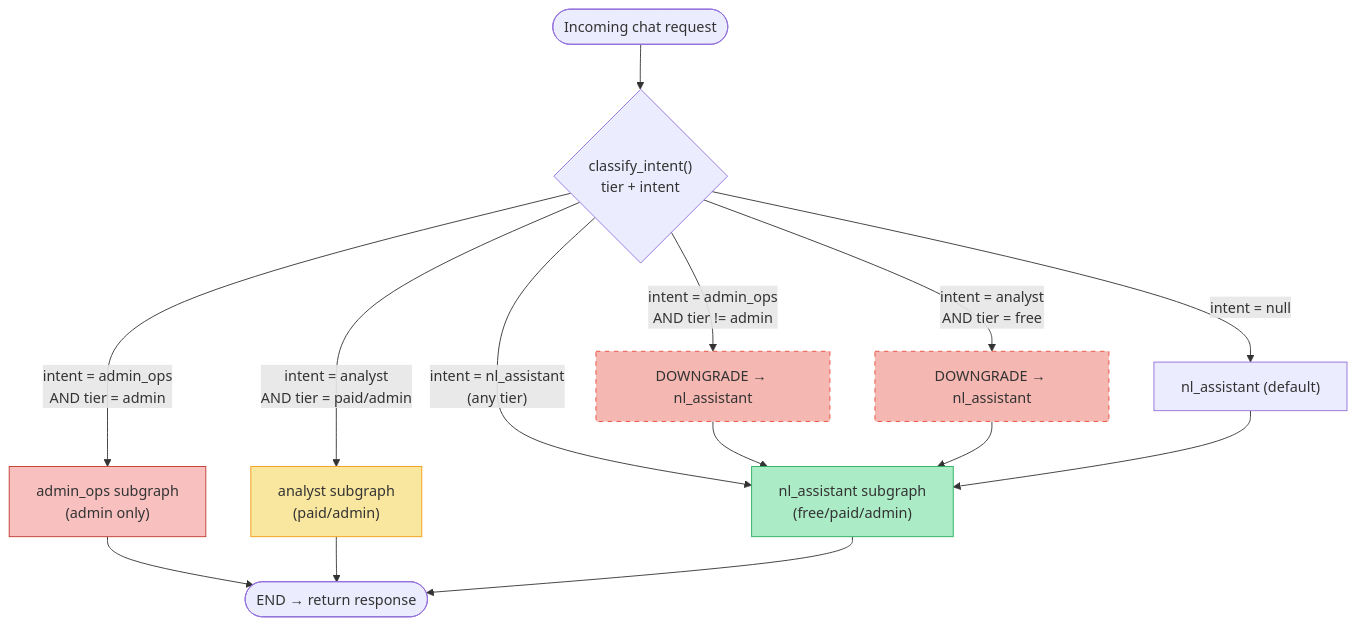
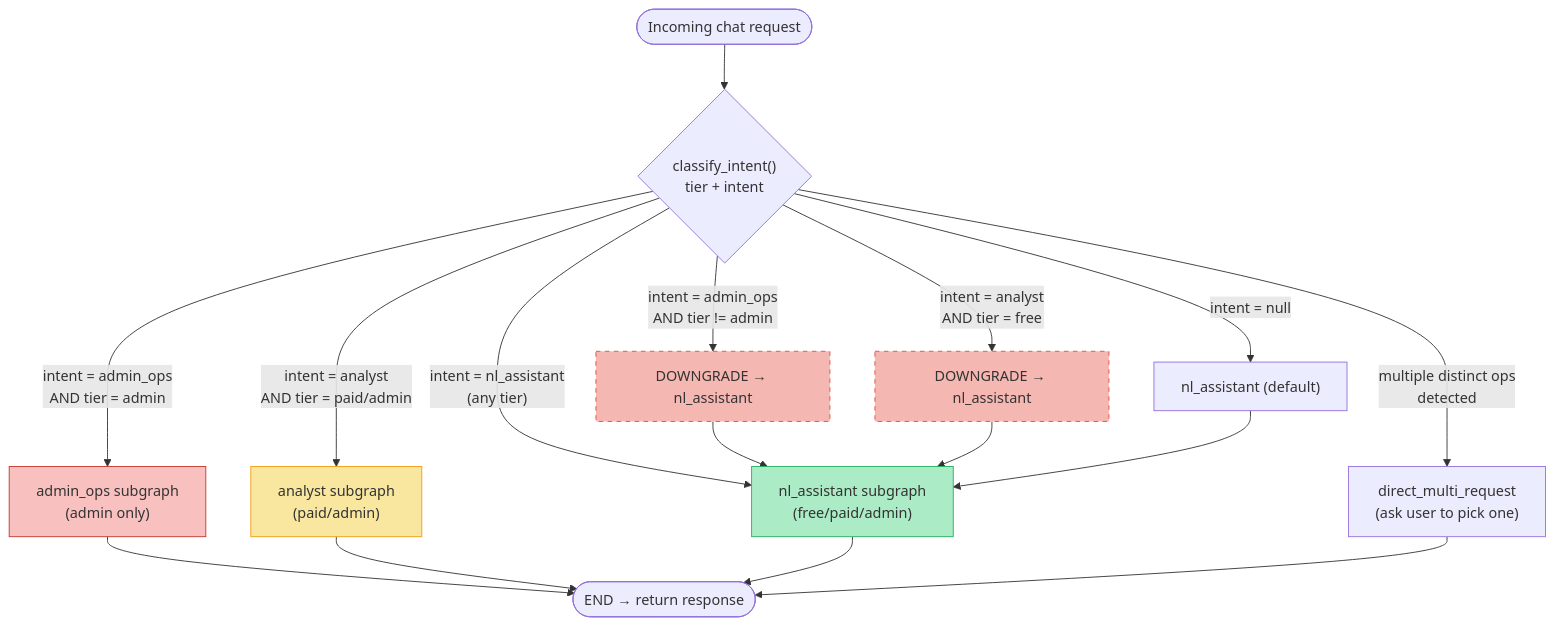
Before and after one commit to lihai1/statistiloto-agent: the fourth of 8 diagrams in docs/FLOWS.md, drawn with Mermaid. The commit also changed other lines of this file and 3 other files, not shown here.

First line of the commit message:
docs: sync README, AGENTS, and docs/ with Redis streaming and multi-request changes

````diff
--- a/docs/FLOWS.md
+++ b/docs/FLOWS.md
@@ -84,23 +126,25 @@
 ```mermaid
 flowchart TD
     Start([Incoming chat request]) --> Classify{"classify_intent()<br/>tier + intent"}
+    Classify -->|"multiple distinct ops<br/>detected"| Multi["direct_multi_request<br/>(ask user to pick one)"]
     Classify -->|"intent = admin_ops<br/>AND tier = admin"| AdminOps["admin_ops subgraph<br/>(admin only)"]
     Classify -->|"intent = admin_ops<br/>AND tier != admin"| Downgrade1["DOWNGRADE → nl_assistant"]
     Classify -->|"intent = analyst<br/>AND tier = paid/admin"| Analyst["analyst subgraph<br/>(paid/admin)"]
     Classify -->|"intent = analyst<br/>AND tier = free"| Downgrade2["DOWNGRADE → nl_assistant"]
     Classify -->|"intent = nl_assistant<br/>(any tier)"| NL["nl_assistant subgraph<br/>(free/paid/admin)"]
     Classify -->|"intent = null"| NLDefault["nl_assistant (default)"]
 
     AdminOps --> End([END → return response])
     Analyst --> End
     NL --> End
+    Multi --> End
     Downgrade1 --> NL
     Downgrade2 --> NL
     NLDefault --> NL
 
     style AdminOps fill:#f9c0c0,stroke:#c0392b
     style Analyst fill:#f9e79f,stroke:#f39c12
     style NL fill:#abebc6,stroke:#27ae60
     style Downgrade1 fill:#f5b7b1,stroke:#e74c3c,stroke-dasharray: 5 5
     style Downgrade2 fill:#f5b7b1,stroke:#e74c3c,stroke-dasharray: 5 5
 ```
````
